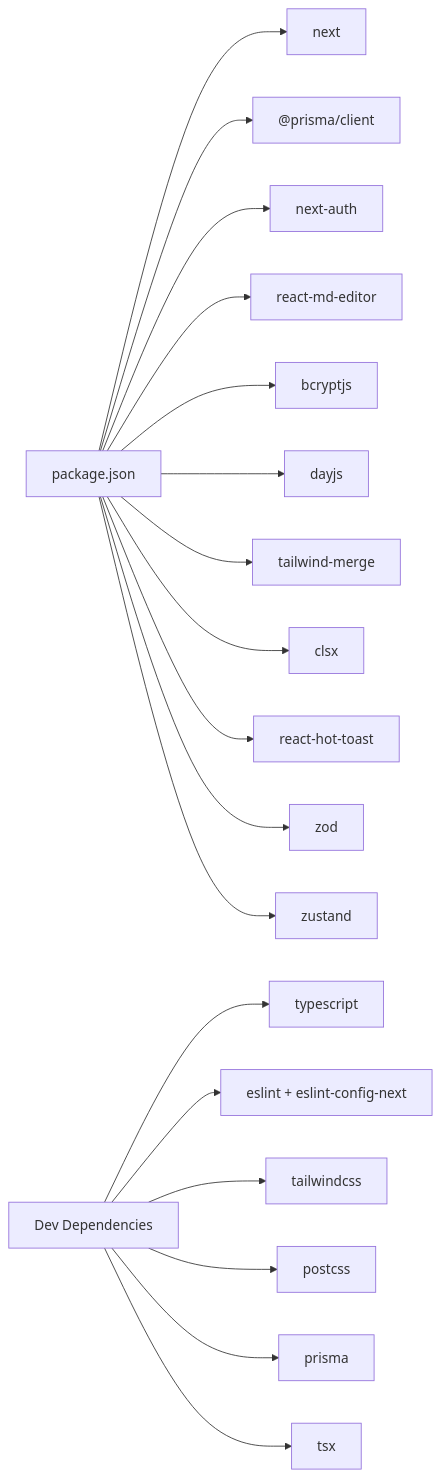
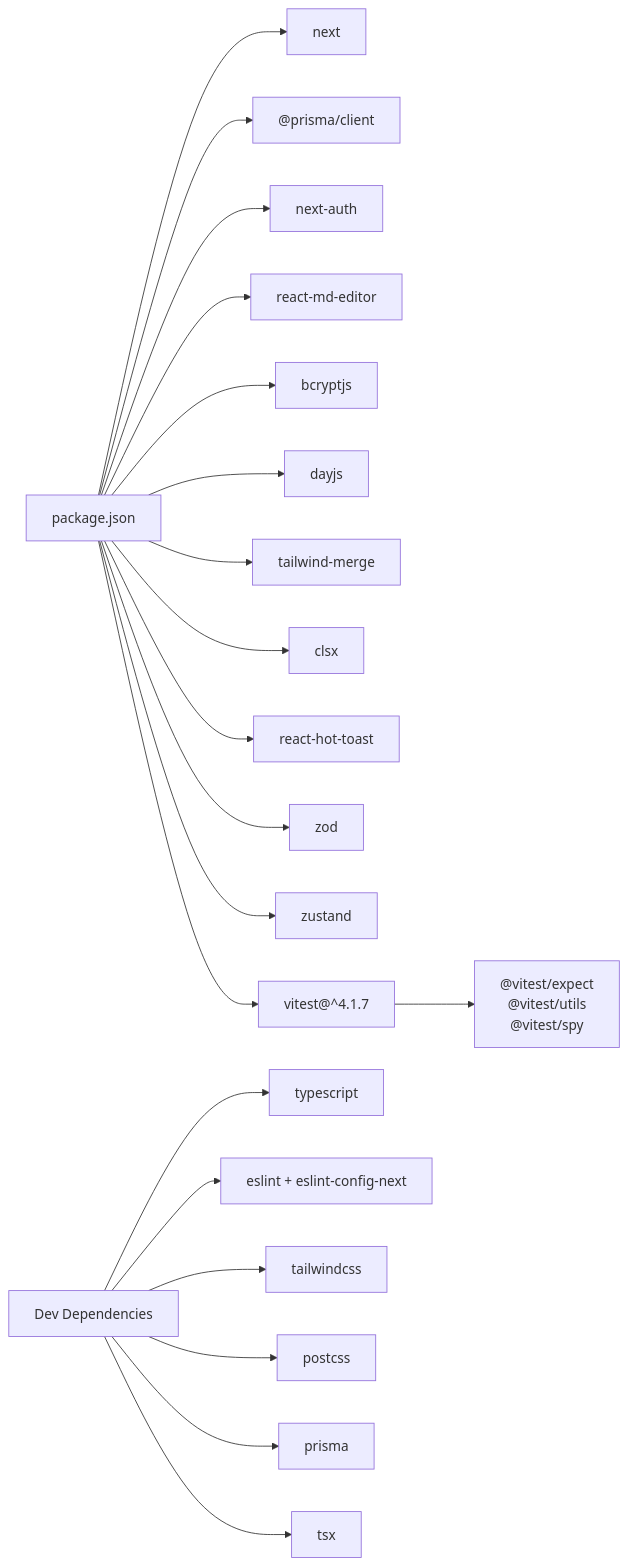
Before and after one commit to jrj444/git-daily: the eighth of 8 diagrams in .qoder/repowiki/en/content/Development Guidelines.md, drawn with Mermaid. The commit also changed other lines of this file and 6 other files, not shown here.

````diff
--- a/.qoder/repowiki/en/content/Development Guidelines.md
+++ b/.qoder/repowiki/en/content/Development Guidelines.md
@@ -324,20 +407,22 @@
 ```mermaid
 graph LR
 Pkg["package.json"] --> Next["next"]
 Pkg --> NA["@prisma/client"]
 Pkg --> NA2["next-auth"]
 Pkg --> UI1["react-md-editor"]
 Pkg --> Util1["bcryptjs"]
 Pkg --> Util2["dayjs"]
 Pkg --> Util3["tailwind-merge"]
 Pkg --> Util4["clsx"]
 Pkg --> Util5["react-hot-toast"]
 Pkg --> Zod["zod"]
 Pkg --> Zust["zustand"]
+Pkg --> Vitest["vitest@^4.1.7"]
 Dev["Dev Dependencies"] --> TS["typescript"]
 Dev --> ESL["eslint + eslint-config-next"]
 Dev --> Tail["tailwindcss"]
 Dev --> PC["postcss"]
 Dev --> Pris["prisma"]
 Dev --> TSX["tsx"]
+Vitest --> VitestCore["@vitest/expect<br/>@vitest/utils<br/>@vitest/spy"]
 ```
````
